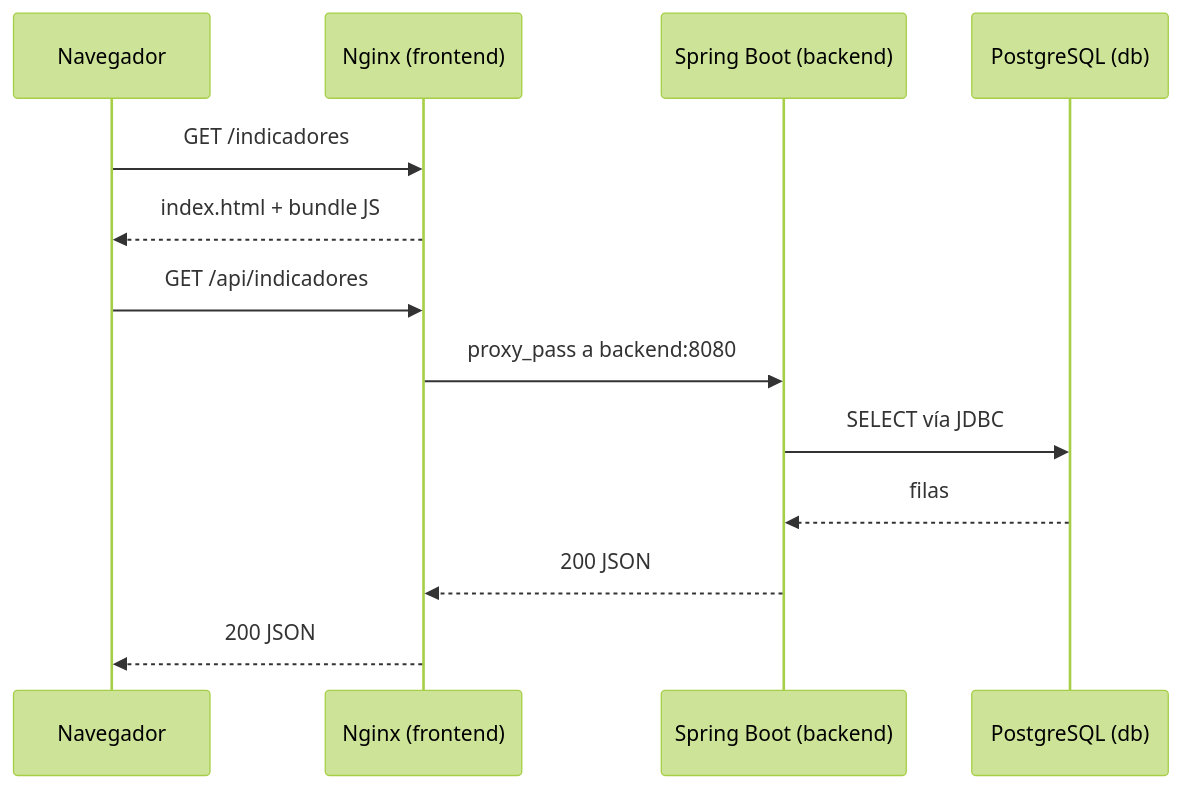
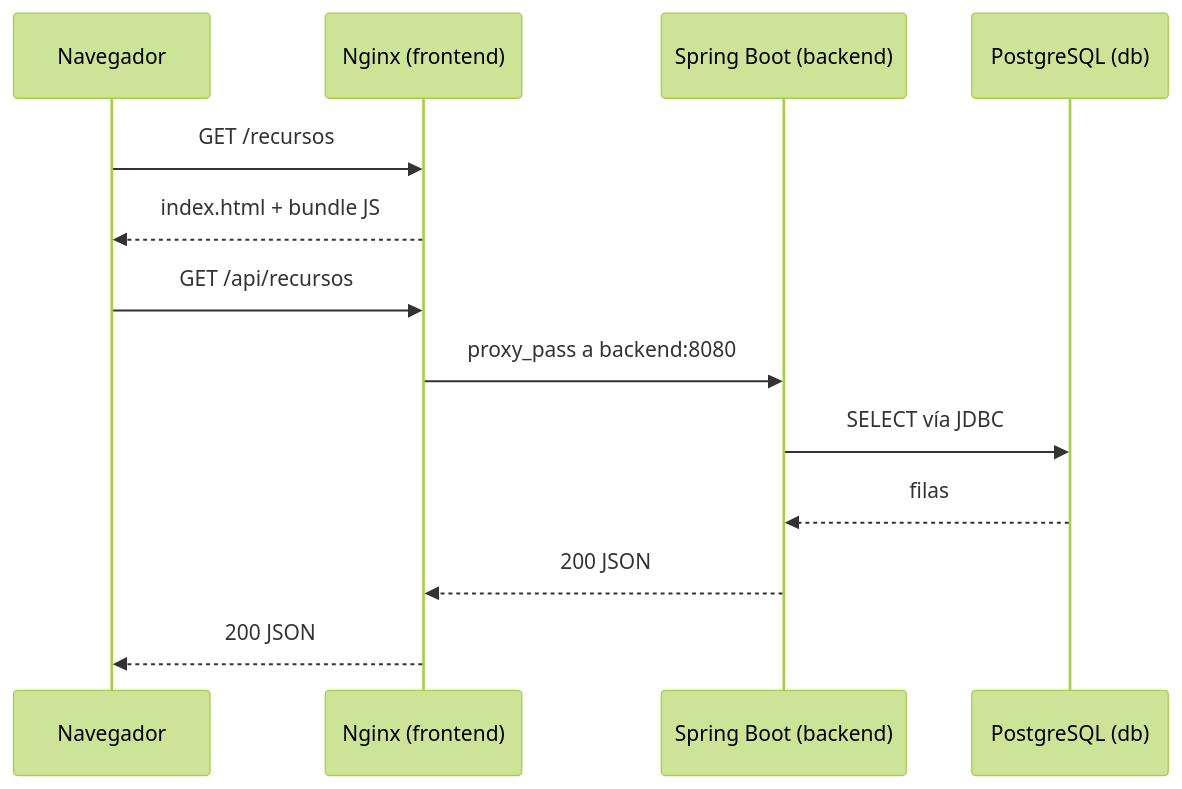
One commit to jhosuechica/plantilla-spring-angular-docker changed the second of 3 diagrams in docs/ARQUITECTURA.md. Above: the diagram before and after it, drawn with Mermaid (forest theme). The commit also changed other lines of this file and 6 other files, not shown here.

````diff
--- a/docs/ARQUITECTURA.md
+++ b/docs/ARQUITECTURA.md
@@ -73,16 +73,16 @@
 ```mermaid
 sequenceDiagram
     participant N as Navegador
     participant F as Nginx (frontend)
     participant B as Spring Boot (backend)
     participant D as PostgreSQL (db)
 
-    N->>F: GET /indicadores
+    N->>F: GET /recursos
     F-->>N: index.html + bundle JS
-    N->>F: GET /api/indicadores
+    N->>F: GET /api/recursos
     F->>B: proxy_pass a backend:8080
     B->>D: SELECT vía JDBC
     D-->>B: filas
     B-->>F: 200 JSON
     F-->>N: 200 JSON
 ```
````
